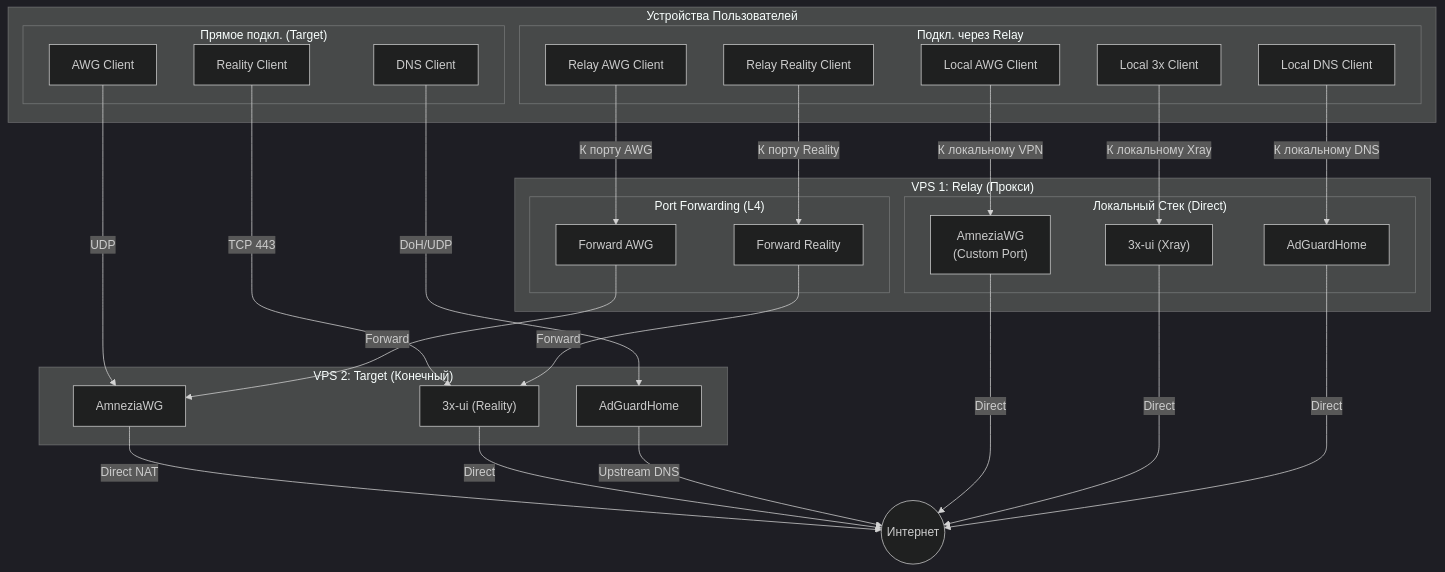
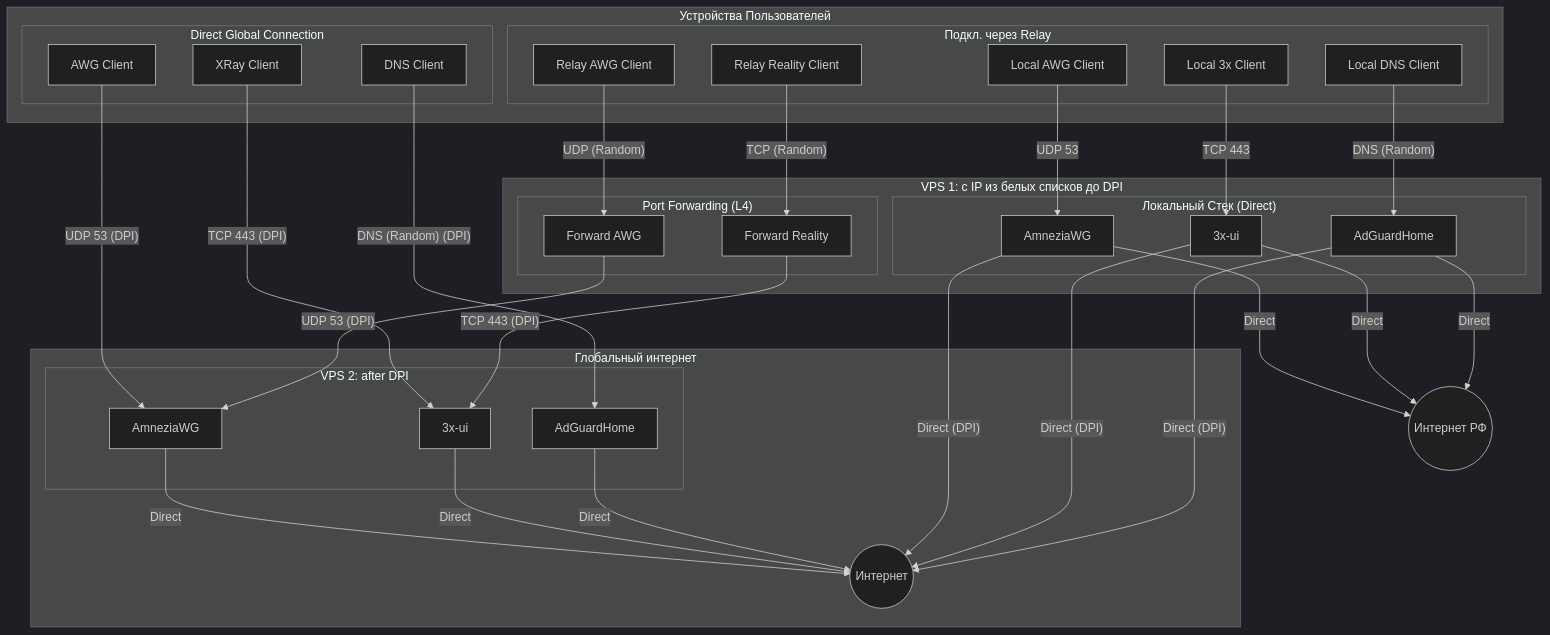
Before and after one commit to SpIvanM/3x-awg-adg-bundle: the diagram in AGENTS.md, drawn with Mermaid (dark theme). The commit also changed other lines of this file and 3 other files, not shown here.

````diff
--- a/AGENTS.md
+++ b/AGENTS.md
@@ -55,62 +49,70 @@
 ```mermaid
 graph TD
     subgraph Clients ["Устройства Пользователей"]
-        subgraph CDir ["Прямое подкл. (Target)"]
+        subgraph CDir ["Direct Global Connection"]
             U_Dir_AWG["AWG Client"]
-            U_Dir_XR["Reality Client"]
+            U_Dir_XR["XRay Client"]
             U_Dir_DNS["DNS Client"]
         end
-        
+  
         subgraph CRel ["Подкл. через Relay"]
             U_Rel_AWG["Relay AWG Client"]
             U_Rel_XR["Relay Reality Client"]
             U_Rel_LAWG["Local AWG Client"]
             U_Rel_LXR["Local 3x Client"]
             U_Rel_LDNS["Local DNS Client"]
         end
     end
 
-    subgraph RelayVPS ["VPS 1: Relay (Прокси)"]
+    subgraph RelayVPS ["VPS 1: с IP из белых списков до DPI "]
         subgraph PF ["Port Forwarding (L4)"]
             PF_AWG["Forward AWG"]
             PF_XR["Forward Reality"]
         end
-        
+  
         subgraph RLoc ["Локальный Стек (Direct)"]
-            RAWG["AmneziaWG <br/>(Custom Port)"]
-            RXR["3x-ui (Xray)"]
+            RAWG["AmneziaWG"]
+            RXR["3x-ui"]
             RAGH["AdGuardHome"]
         end
     end
-
-    subgraph TargetVPS ["VPS 2: Target (Конечный)"]
-        TAWG["AmneziaWG"]
-        TXR["3x-ui (Reality)"]
-        TAGH["AdGuardHome"]
+    NetRu(("Интернет РФ"))
+    subgraph Global ["Глобальный интернет"]
+        subgraph TargetVPS ["VPS 2: after DPI"]
+            TAWG["AmneziaWG"]
+            TXR["3x-ui"]
+            TAGH["AdGuardHome"]
+        end
+    Net(("Интернет"))
     end
 
-    Net(("Интернет"))
 
     %% Connections to Target (Direct)
-    U_Dir_AWG -->|"UDP"| TAWG
-    U_Dir_XR -->|"TCP 443"| TXR
-    U_Dir_DNS -->|"DoH/UDP"| TAGH
-    
-    TAWG -->|"Direct NAT"| Net
+    U_Dir_AWG -->|"UDP 53 (DPI)"| TAWG
+    U_Dir_XR -->|"TCP 443 (DPI)"| TXR
+    U_Dir_DNS -->|"DNS (Random) (DPI)"| TAGH
+  
+    TAWG -->|"Direct"| Net
     TXR -->|"Direct"| Net
-    TAGH -->|"Upstream DNS"| Net
+    TAGH -->|"Direct"| Net
 
     %% Connections to Relay
-    U_Rel_AWG -->|"К порту AWG"| PF_AWG
-    U_Rel_XR -->|"К порту Reality"| PF_XR
-    U_Rel_LAWG -->|"К локальному VPN"| RAWG
-    U_Rel_LXR -->|"К локальному Xray"| RXR
-    U_Rel_LDNS -->|"К локальному DNS"| RAGH
+    U_Rel_AWG -->|"UDP (Random)"| PF_AWG
+    U_Rel_XR -->|"TCP (Random)"| PF_XR
+    U_Rel_LAWG -->|"UDP 53"| RAWG
+    U_Rel_LXR -->|"TCP 443"| RXR
+    U_Rel_LDNS -->|"DNS (Random)"| RAGH
 
-    PF_AWG -->|"Forward"| TAWG
-    PF_XR -->|"Forward"| TXR
-    
-    RAWG -->|"Direct"| Net
-    RXR -->|"Direct"| Net
-    RAGH -->|"Direct"| Net
+    PF_AWG -->|"UDP 53 (DPI)"| TAWG
+    PF_XR -->|"TCP 443 (DPI)"| TXR
+  
+    RAWG -->|"Direct (DPI)"| Net
+    RXR -->|"Direct (DPI)"| Net
+    RAGH -->|"Direct (DPI)"| Net
+
+    RAWG -->|"Direct"| NetRu
+    RXR -->|"Direct"| NetRu
+    RAGH -->|"Direct"| NetRu
+
+
 ```
````
